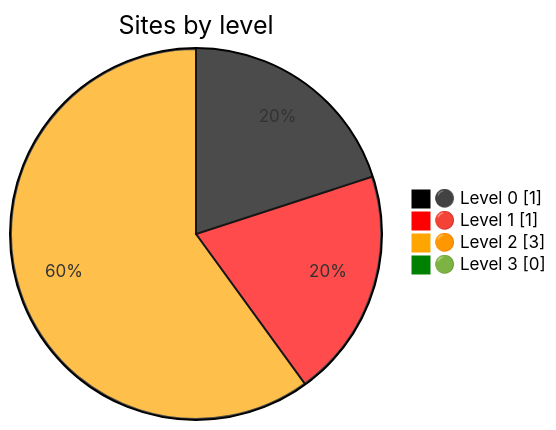
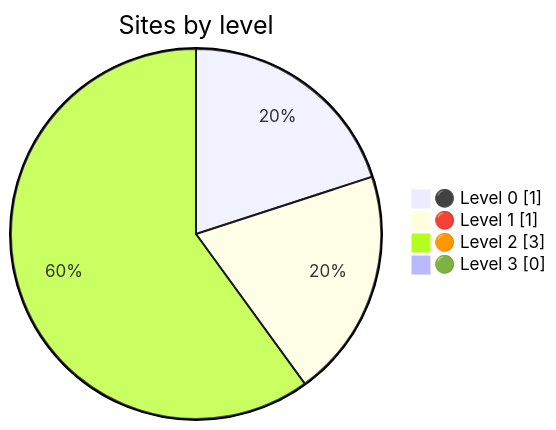
One commit to MalinrRuwan/gov_lk_web_auditor changed the diagram in README.md. Above: the diagram before and after it, drawn with Mermaid.

Commit message:
Fix formatting in README.md for mermaid chart initialization

````diff
--- a/README.md
+++ b/README.md
@@ -24,9 +24,12 @@
 ```mermaid
-%%{init: {"themeVariables":{"pie1":"black","pie2":"red","pie3":"orange","pie4":"green"}}}%%
+%%{init: {"themeVariables":{"pie1":"black","pie2":"red","pie3":"orange
+
+
+","pie4":"green"}}}%%
 pie showData
     title Sites by level
     "⚫ Level 0" : 1
     "🔴 Level 1" : 1
     "🟠 Level 2" : 3
     "🟢 Level 3" : 0
 ```
````
